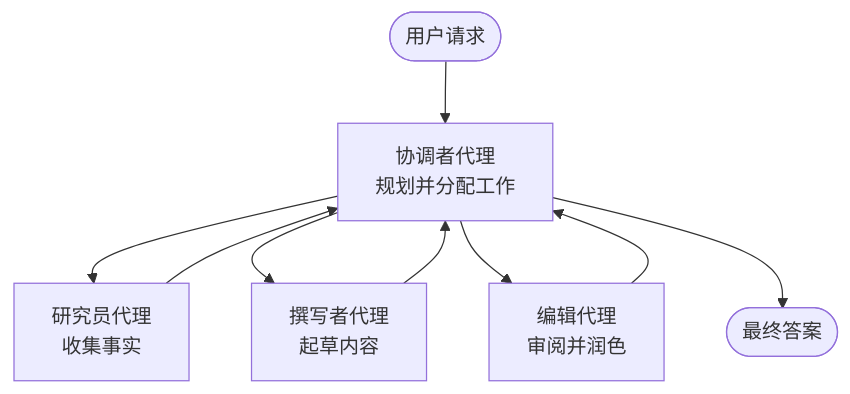
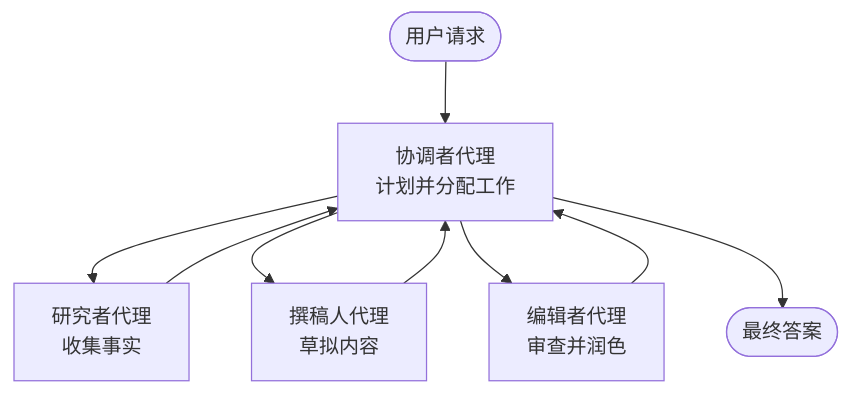
The diagram in translations/zh-CN/docs/chapter-05-multi-agent/multi-agent-basics.md (microsoft/AZD-for-beginners), drawn with Mermaid before and after one commit. The commit also changed other lines of this file and 60 other files, not shown here.

````diff
--- a/translations/zh-CN/docs/chapter-05-multi-agent/multi-agent-basics.md
+++ b/translations/zh-CN/docs/chapter-05-multi-agent/multi-agent-basics.md
@@ -43,11 +43,11 @@
 ```mermaid
 graph TD
-    User([用户请求]) --> Orchestrator[协调者代理<br/>规划并分配工作]
-    Orchestrator --> Researcher[研究员代理<br/>收集事实]
-    Orchestrator --> Writer[撰写者代理<br/>起草内容]
-    Orchestrator --> Editor[编辑代理<br/>审阅并润色]
+    User([用户请求]) --> Orchestrator[协调者代理<br/>计划并分配工作]
+    Orchestrator --> Researcher[研究者代理<br/>收集事实]
+    Orchestrator --> Writer[撰稿人代理<br/>草拟内容]
+    Orchestrator --> Editor[编辑者代理<br/>审查并润色]
     Researcher --> Orchestrator
     Writer --> Orchestrator
     Editor --> Orchestrator
     Orchestrator --> Result([最终答案])
 ```
````
